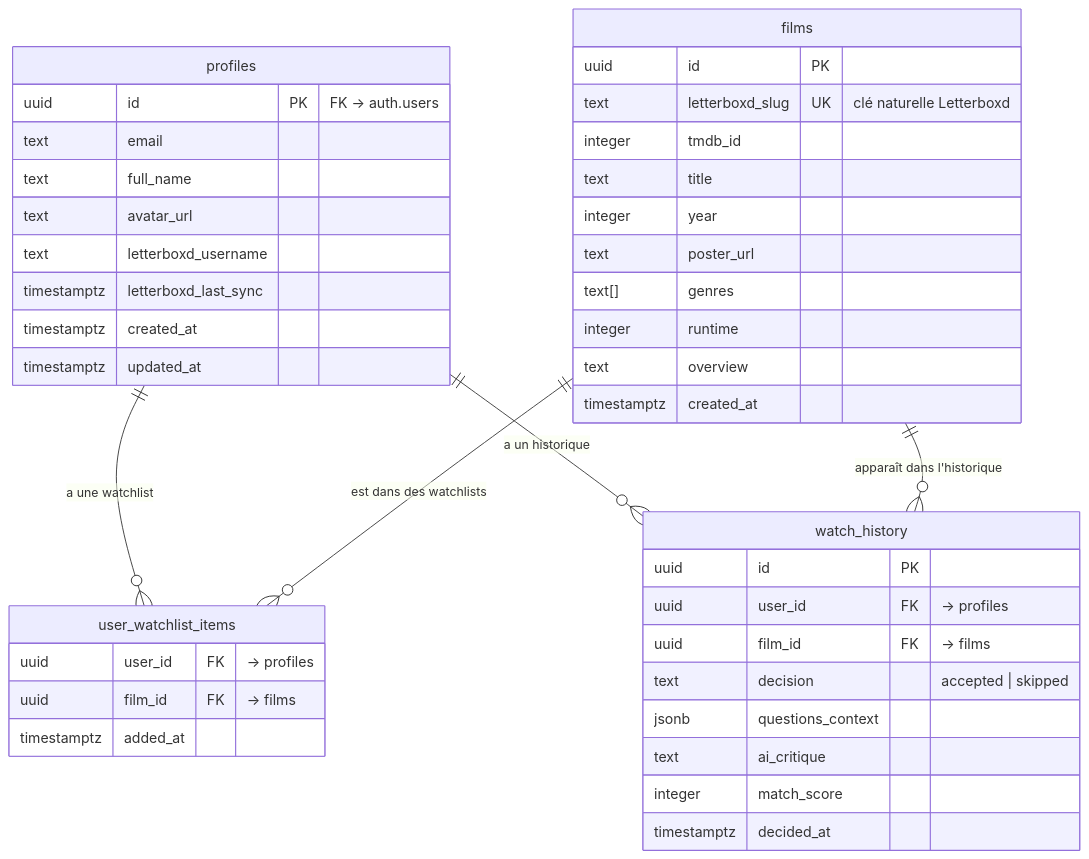
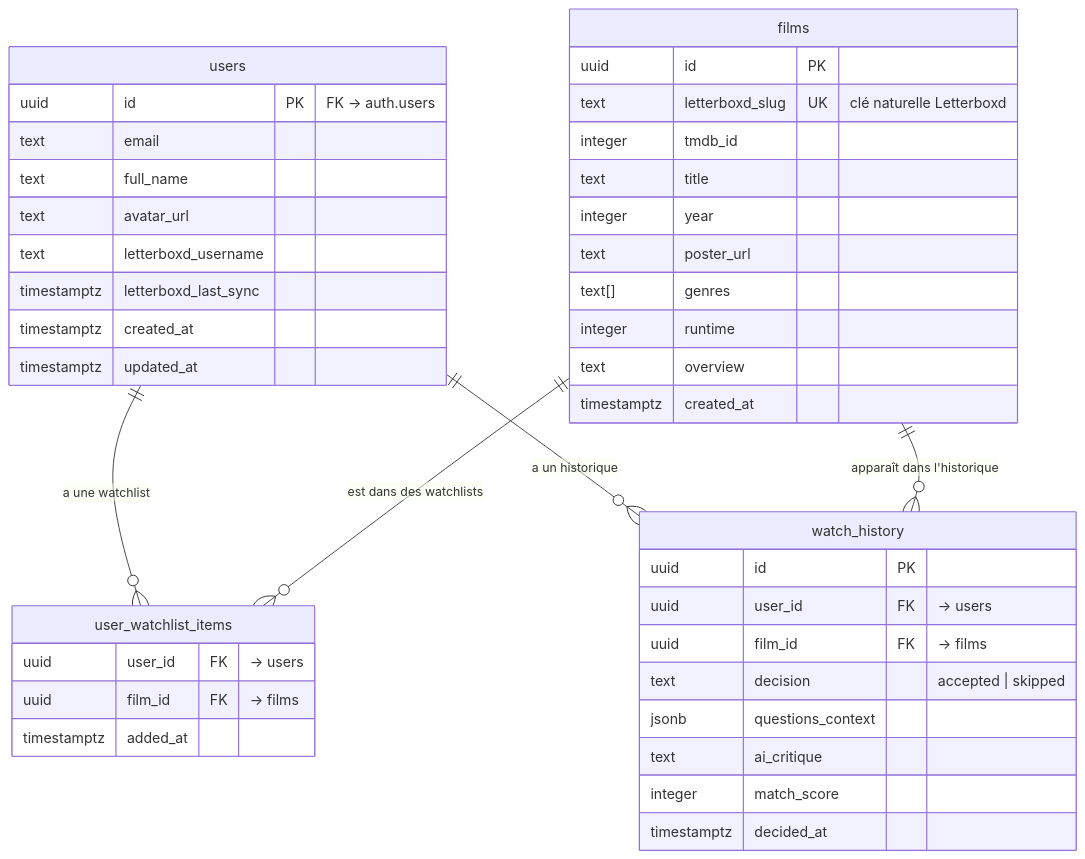
One commit to Maxim-Dubreil/CinePick changed the first of 3 diagrams in docs/architecture.md. Above: the diagram before and after it, drawn with Mermaid. The commit also changed other lines of this file and 3 other files, not shown here.

First line of the commit message:
fix: rename profiles table references to users

````diff
--- a/docs/architecture.md
+++ b/docs/architecture.md
@@ -5,48 +5,48 @@
 ```mermaid
 erDiagram
-    profiles {
+    users {
         uuid id PK "FK → auth.users"
         text email
         text full_name
         text avatar_url
         text letterboxd_username
         timestamptz letterboxd_last_sync
         timestamptz created_at
         timestamptz updated_at
     }
 
     films {
         uuid id PK
         text letterboxd_slug UK "clé naturelle Letterboxd"
         integer tmdb_id
         text title
         integer year
         text poster_url
         text[] genres
         integer runtime
         text overview
         timestamptz created_at
     }
 
     user_watchlist_items {
-        uuid user_id FK "→ profiles"
+        uuid user_id FK "→ users"
         uuid film_id FK "→ films"
         timestamptz added_at
     }
 
     watch_history {
         uuid id PK
-        uuid user_id FK "→ profiles"
+        uuid user_id FK "→ users"
         uuid film_id FK "→ films"
         text decision "accepted | skipped"
         jsonb questions_context
         text ai_critique
         integer match_score
         timestamptz decided_at
     }
 
-    profiles ||--o{ user_watchlist_items : "a une watchlist"
+    users    ||--o{ user_watchlist_items : "a une watchlist"
     films    ||--o{ user_watchlist_items : "est dans des watchlists"
-    profiles ||--o{ watch_history       : "a un historique"
+    users    ||--o{ watch_history       : "a un historique"
     films    ||--o{ watch_history       : "apparaît dans l'historique"
 ```
````
